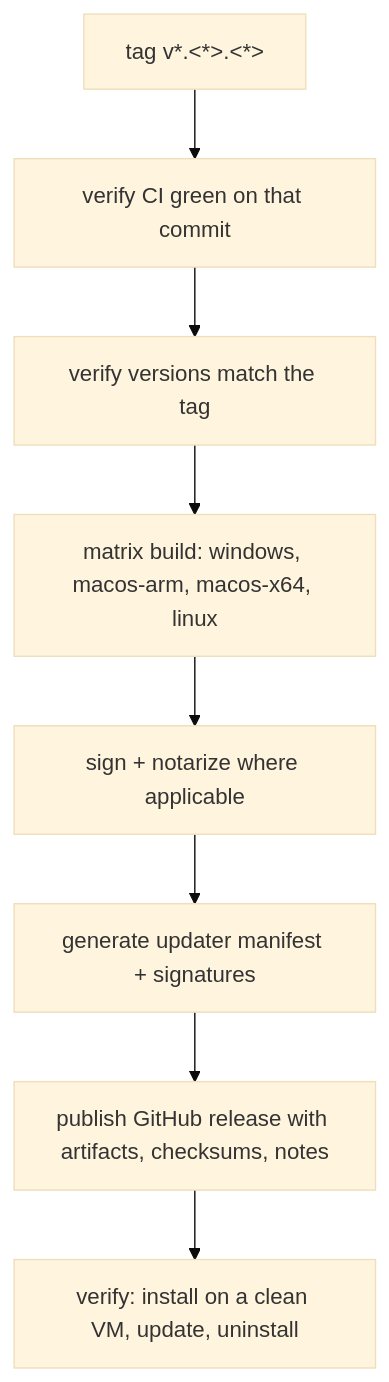
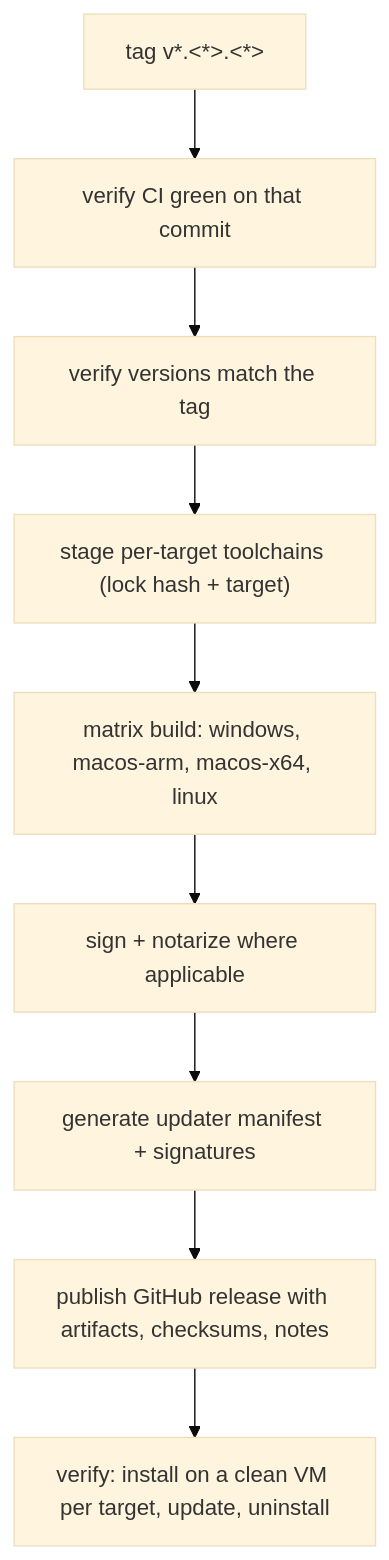
One commit to Av1ation-Association/Av1ation-Station changed the diagram in docs/plan/06-deployment.md. Above: the diagram before and after it, drawn with Mermaid (base theme). The commit also changed other lines of this file and 45 other files, not shown here.

Commit message:
docs: refresh architecture and delivery docs

````diff
--- a/docs/plan/06-deployment.md
+++ b/docs/plan/06-deployment.md
@@ -58,10 +100,11 @@
 ```mermaid
 flowchart TB
     A["tag v*.<*>.<*>"] --> B["verify CI green on that commit"]
     B --> C["verify versions match the tag"]
-    C --> D["matrix build: windows, macos-arm, macos-x64, linux"]
+    C --> TC["stage per-target toolchains (lock hash + target)"]
+    TC --> D["matrix build: windows, macos-arm, macos-x64, linux"]
     D --> E["sign + notarize where applicable"]
     E --> F["generate updater manifest + signatures"]
     F --> G["publish GitHub release with artifacts, checksums, notes"]
-    G --> H["verify: install on a clean VM, update, uninstall"]
+    G --> H["verify: install on a clean VM per target, update, uninstall"]
 ```
````
